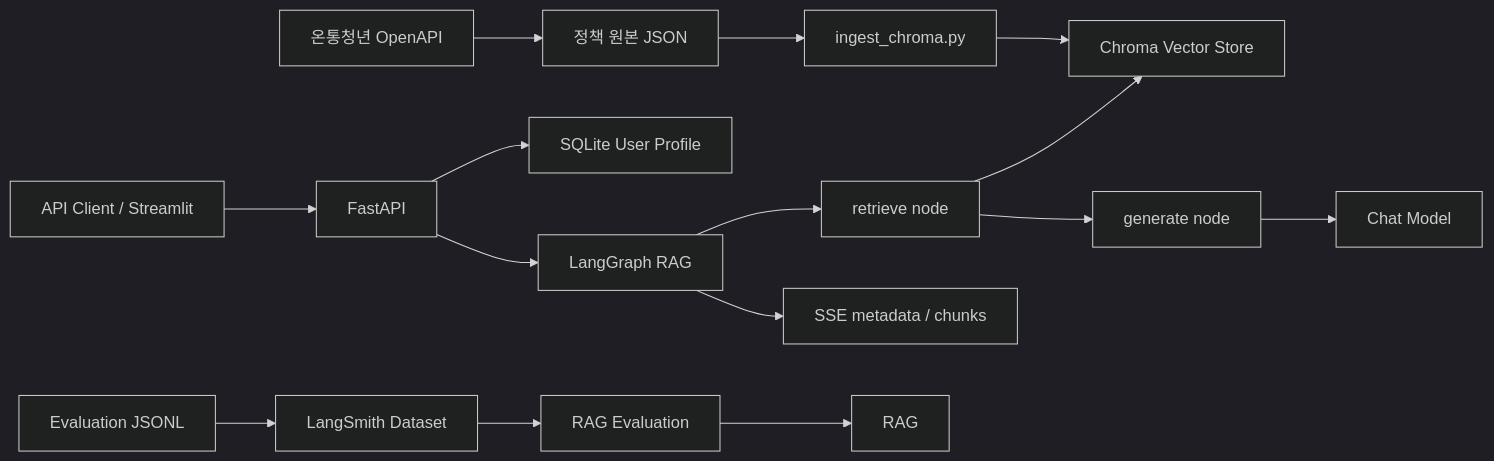
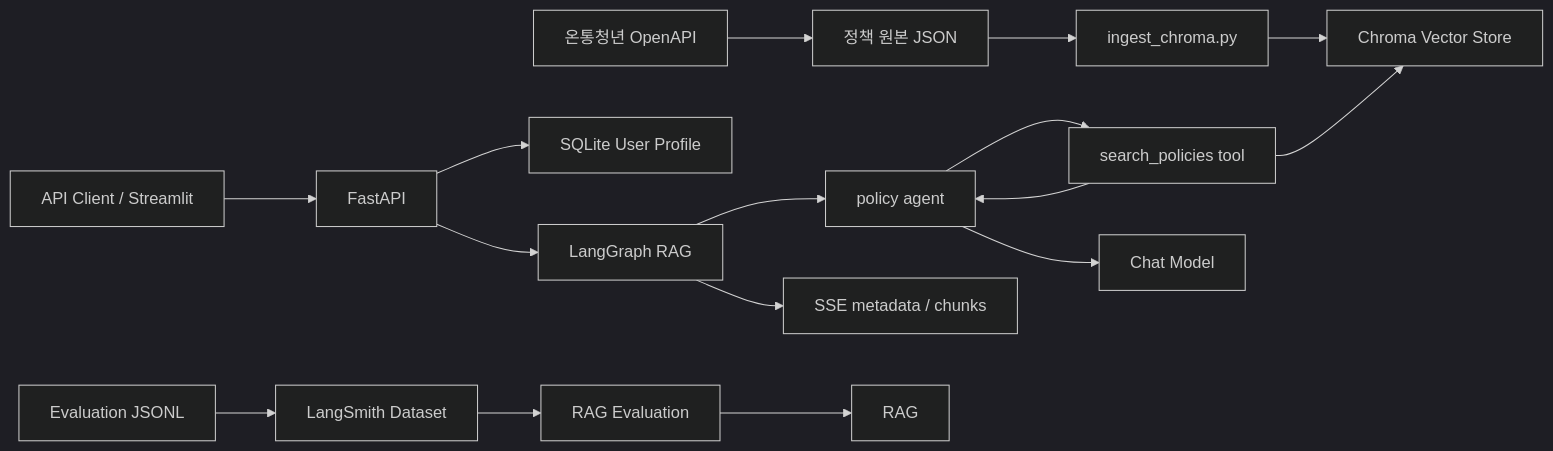
One commit to SungjinWi99/Youth-Policy-RAG changed the diagram in README.md. Above: the diagram before and after it, drawn with Mermaid (dark theme). The commit also changed other lines of this file and 19 other files, not shown here.

````diff
--- a/README.md
+++ b/README.md
@@ -21,19 +21,20 @@
 ```mermaid
 flowchart LR
     API["온통청년 OpenAPI"] --> RAW["정책 원본 JSON"]
     RAW --> INGEST["ingest_chroma.py"]
     INGEST --> CHROMA["Chroma Vector Store"]
 
     CLIENT["API Client / Streamlit"] --> FASTAPI["FastAPI"]
     FASTAPI --> USERDB["SQLite User Profile"]
     FASTAPI --> GRAPH["LangGraph RAG"]
-    GRAPH --> RETRIEVE["retrieve node"]
-    RETRIEVE --> CHROMA
-    RETRIEVE --> GENERATE["generate node"]
-    GENERATE --> LLM["Chat Model"]
+    GRAPH --> AGENT["policy agent"]
+    AGENT --> TOOLS["search_policies tool"]
+    TOOLS --> CHROMA
+    TOOLS --> AGENT
+    AGENT --> LLM["Chat Model"]
     GRAPH --> SSE["SSE metadata / chunks"]
 
     EVALDATA["Evaluation JSONL"] --> LANGSMITH["LangSmith Dataset"]
     LANGSMITH --> EVALRUN["RAG Evaluation"]
     EVALRUN --> RAG
 ```
````
